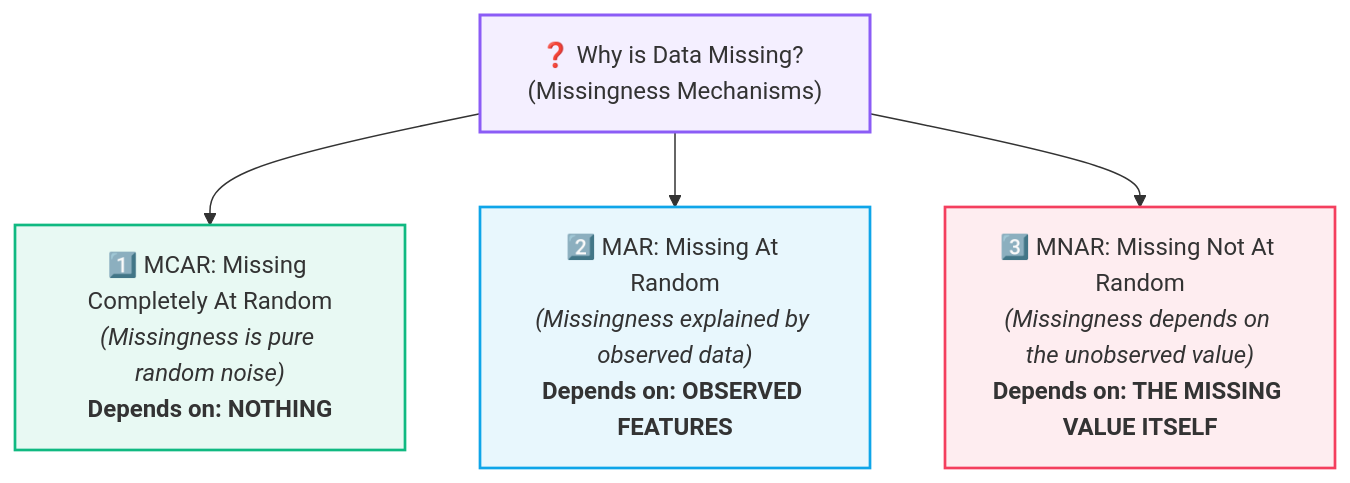
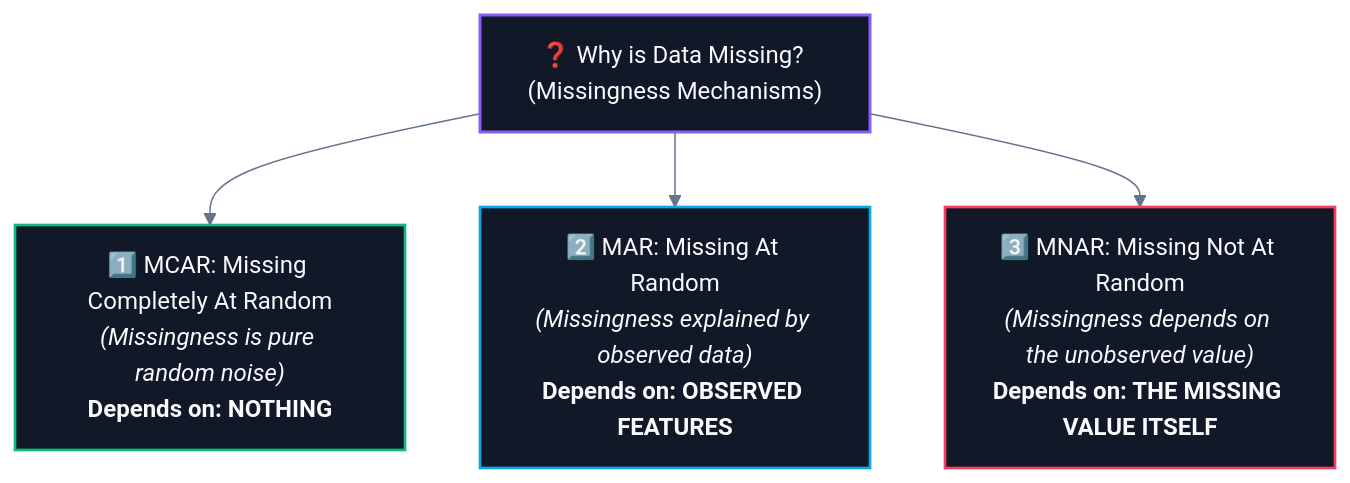
One commit to abhinavbharti2345/CS_Notes changed the first of 4 diagrams in CS/AI & ML/02. Data Preprocessing/03. Missing Value Imputation.md. Above: the diagram before and after it, drawn with Mermaid. The commit also changed other lines of this file and 195 other files, not shown here.

````diff
--- a/CS/AI & ML/02. Data Preprocessing/03. Missing Value Imputation.md
+++ b/CS/AI & ML/02. Data Preprocessing/03. Missing Value Imputation.md
@@ -46,18 +46,19 @@
 ```mermaid
+%%{init: {'theme': 'base', 'themeVariables': { 'darkMode': true, 'background': '#0B0F14', 'mainBkg': '#111827', 'primaryColor': '#111827', 'primaryTextColor': '#F8FAFC', 'primaryBorderColor': '#38BDF8', 'lineColor': '#64748B', 'secondaryColor': '#0B0F14', 'tertiaryColor': '#0B0F14', 'clusterBkg': '#0B0F14', 'clusterBorder': '#38BDF8' }}}%%
 flowchart TD
     Mech["❓ Why is Data Missing? (Missingness Mechanisms)"]
     
     Mech --> MCAR["1️⃣ MCAR: Missing Completely At Random<br/><i>(Missingness is pure random noise)</i><br/><b>Depends on: NOTHING</b>"]
     Mech --> MAR["2️⃣ MAR: Missing At Random<br/><i>(Missingness explained by observed data)</i><br/><b>Depends on: OBSERVED FEATURES</b>"]
     Mech --> MNAR["3️⃣ MNAR: Missing Not At Random<br/><i>(Missingness depends on the unobserved value)</i><br/><b>Depends on: THE MISSING VALUE ITSELF</b>"]
 
-    classDef root fill:#8b5cf618,stroke:#8b5cf6,stroke-width:2px;
-    classDef mcar fill:#10b98118,stroke:#10b981,stroke-width:1.8px;
-    classDef mar fill:#0ea5e918,stroke:#0ea5e9,stroke-width:1.8px;
-    classDef mnar fill:#f43f5e18,stroke:#f43f5e,stroke-width:1.8px;
+    classDef root fill:#111827,stroke:#8b5cf6,stroke-width:2px,color:#F8FAFC;
+    classDef mcar fill:#111827,stroke:#10b981,stroke-width:1.8px,color:#F8FAFC;
+    classDef mar fill:#111827,stroke:#0ea5e9,stroke-width:1.8px,color:#F8FAFC;
+    classDef mnar fill:#111827,stroke:#f43f5e,stroke-width:1.8px,color:#F8FAFC;
 
     class Mech root;
     class MCAR mcar;
     class MAR mar;
     class MNAR mnar;
 ```
````
